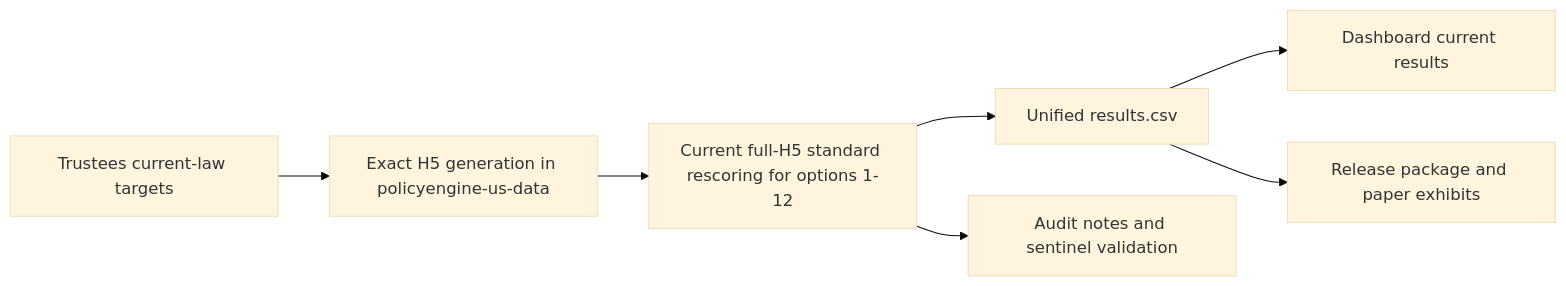
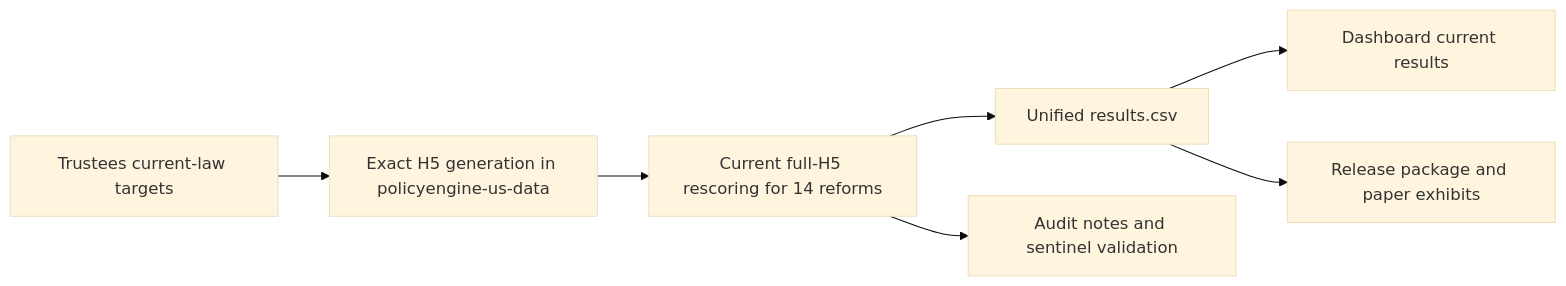
Before and after one commit to PolicyEngine/crfb-tob-impacts: the diagram in docs/current/README.md, drawn with Mermaid (base theme). The commit also changed other lines of this file and 68 other files, not shown here.

````diff
--- a/docs/current/README.md
+++ b/docs/current/README.md
@@ -36,9 +29,9 @@
 ```mermaid
 flowchart LR
   A["Trustees current-law targets"] --> B["Exact H5 generation in policyengine-us-data"]
-  B --> C["Current full-H5 standard rescoring for options 1-12"]
+  B --> C["Current full-H5 rescoring for 14 reforms"]
   C --> D["Unified results.csv"]
   D --> E["Dashboard current results"]
   D --> F["Release package and paper exhibits"]
   C --> G["Audit notes and sentinel validation"]
 ```
````
